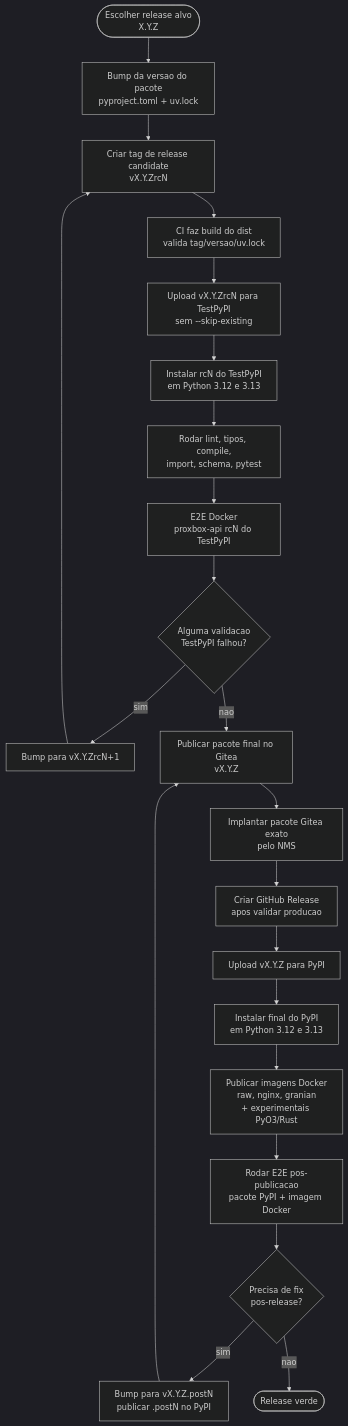
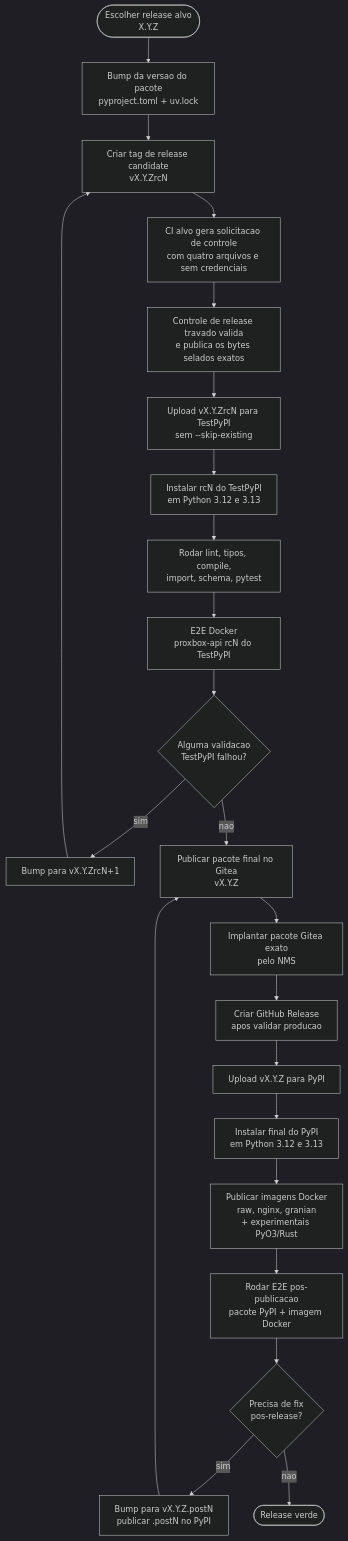
Before and after one commit to emersonfelipesp/proxbox-api: the first of 2 diagrams in docs/pt-BR/development/release-publishing.md, drawn with Mermaid (dark theme). The commit also changed other lines of this file and 11 other files, not shown here.

Commit message:
Harden locked release-control handoff

````diff
--- a/docs/pt-BR/development/release-publishing.md
+++ b/docs/pt-BR/development/release-publishing.md
@@ -13,29 +13,30 @@
 ```mermaid
 flowchart TD
     Start([Escolher release alvo\nX.Y.Z])
     Bump[Bump da versao do pacote\npyproject.toml + uv.lock]
     RCTag[Criar tag de release candidate\nvX.Y.ZrcN]
-    RCCI[CI faz build do dist\nvalida tag/versao/uv.lock]
+    RCCI[CI alvo gera solicitacao de controle\ncom quatro arquivos e sem credenciais]
+    Control[Controle de release travado valida\ne publica os bytes selados exatos]
     RCUpload[Upload vX.Y.ZrcN para TestPyPI\nsem --skip-existing]
     RCValidate[Instalar rcN do TestPyPI\nem Python 3.12 e 3.13]
     RCChecks[Rodar lint, tipos, compile,\nimport, schema, pytest]
     RCE2E[E2E Docker\nproxbox-api rcN do TestPyPI]
     RCFailed{Alguma validacao\nTestPyPI falhou?}
     NextRC[Bump para vX.Y.ZrcN+1]
     FinalPrivate[Publicar pacote final no Gitea\nvX.Y.Z]
     Deploy[Implantar pacote Gitea exato\npelo NMS]
     PublicRelease[Criar GitHub Release\napos validar producao]
     FinalUpload[Upload vX.Y.Z para PyPI]
     FinalValidate[Instalar final do PyPI\nem Python 3.12 e 3.13]
     Docker[Publicar imagens Docker\nraw, nginx, granian\n+ experimentais PyO3/Rust]
     FinalE2E[Rodar E2E pos-publicacao\npacote PyPI + imagem Docker]
     FinalFailed{Precisa de fix\npos-release?}
     Post[Bump para vX.Y.Z.postN\npublicar .postN no PyPI]
     Done([Release verde])
 
-    Start --> Bump --> RCTag --> RCCI --> RCUpload --> RCValidate --> RCChecks --> RCE2E --> RCFailed
+    Start --> Bump --> RCTag --> RCCI --> Control --> RCUpload --> RCValidate --> RCChecks --> RCE2E --> RCFailed
     RCFailed -- sim --> NextRC --> RCTag
     RCFailed -- nao --> FinalPrivate --> Deploy --> PublicRelease --> FinalUpload --> FinalValidate --> Docker --> FinalE2E --> FinalFailed
     FinalFailed -- sim --> Post --> FinalPrivate
     FinalFailed -- nao --> Done
 ```
````
